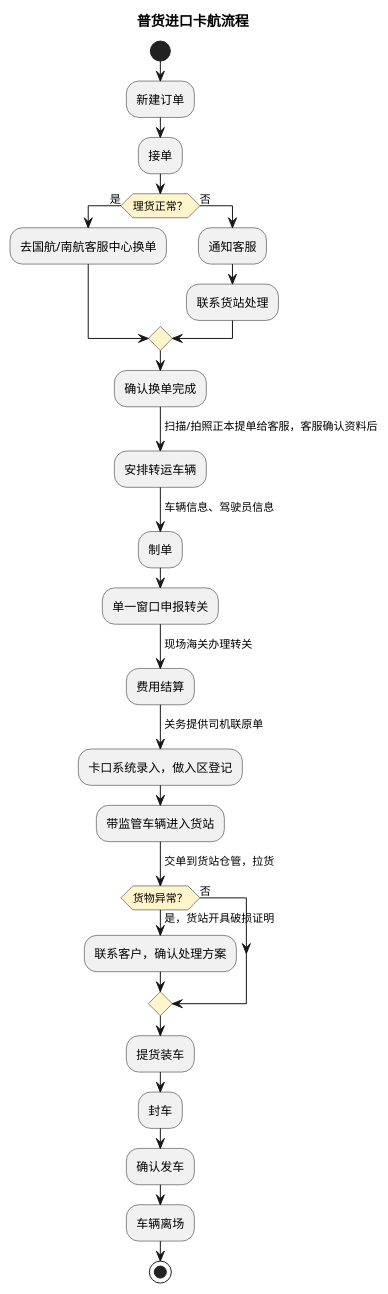
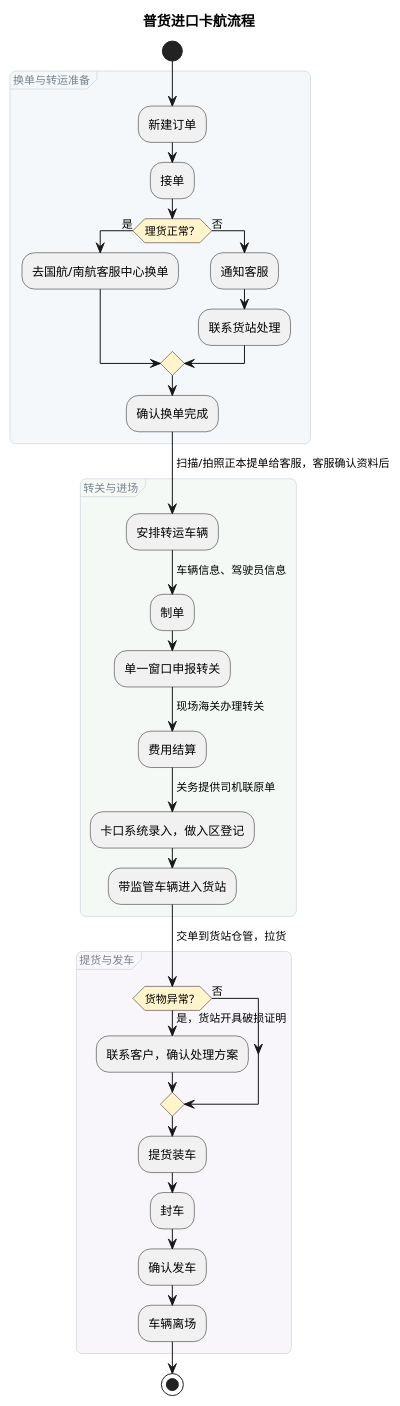
The third of 10 diagrams in product-caliber/goldjet/segmented-prd/mainflow/PRD.高捷物流系统一期.主流程.03.普货进出口关务详细流程.md (jack888332/projects-doc), drawn with PlantUML before and after one commit. The commit also changed other lines of this file and 16 other files, not shown here.

Commit message:
给DSL图分组

````diff
--- a/product-caliber/goldjet/segmented-prd/mainflow/PRD.高捷物流系统一期.主流程.03.普货进出口关务详细流程.md
+++ b/product-caliber/goldjet/segmented-prd/mainflow/PRD.高捷物流系统一期.主流程.03.普货进出口关务详细流程.md
@@ -61,36 +61,54 @@
 ```plantuml
 @startuml
 skinparam activityDiamondBackgroundColor #FFF4CC
+<style>
+activityDiagram {
+  group {
+    LineColor #CAD5DA
+    LineThickness 0.7
+    RoundCorner 12
+    FontColor #78848D
+    FontSize 11
+    FontStyle plain
+  }
+}
+</style>
 title 普货进口卡航流程
 start
+group 换单与转运准备 #F4F8FA {
 :新建订单;
 :接单;
 if (理货正常？) then (是)
   :去国航/南航客服中心换单;
 else (否)
   :通知客服;
   :联系货站处理;
 endif
 :确认换单完成;
+}
+group 转关与进场 #F5F9F6 {
 -> 扫描/拍照正本提单给客服，客服确认资料后;
 :安排转运车辆;
 -> 车辆信息、驾驶员信息;
 :制单;
 :单一窗口申报转关;
 -> 现场海关办理转关;
 :费用结算;
 -> 关务提供司机联原单;
 :卡口系统录入，做入区登记;
 :带监管车辆进入货站;
 -> 交单到货站仓管，拉货;
+}
+group 提货与发车 #F8F6FA {
 if (货物异常？) then (是，货站开具破损证明)
   :联系客户，确认处理方案;
 else (否)
 endif
 :提货装车;
 :封车;
 :确认发车;
 :车辆离场;
+}
 stop
 @enduml
 ```
````
